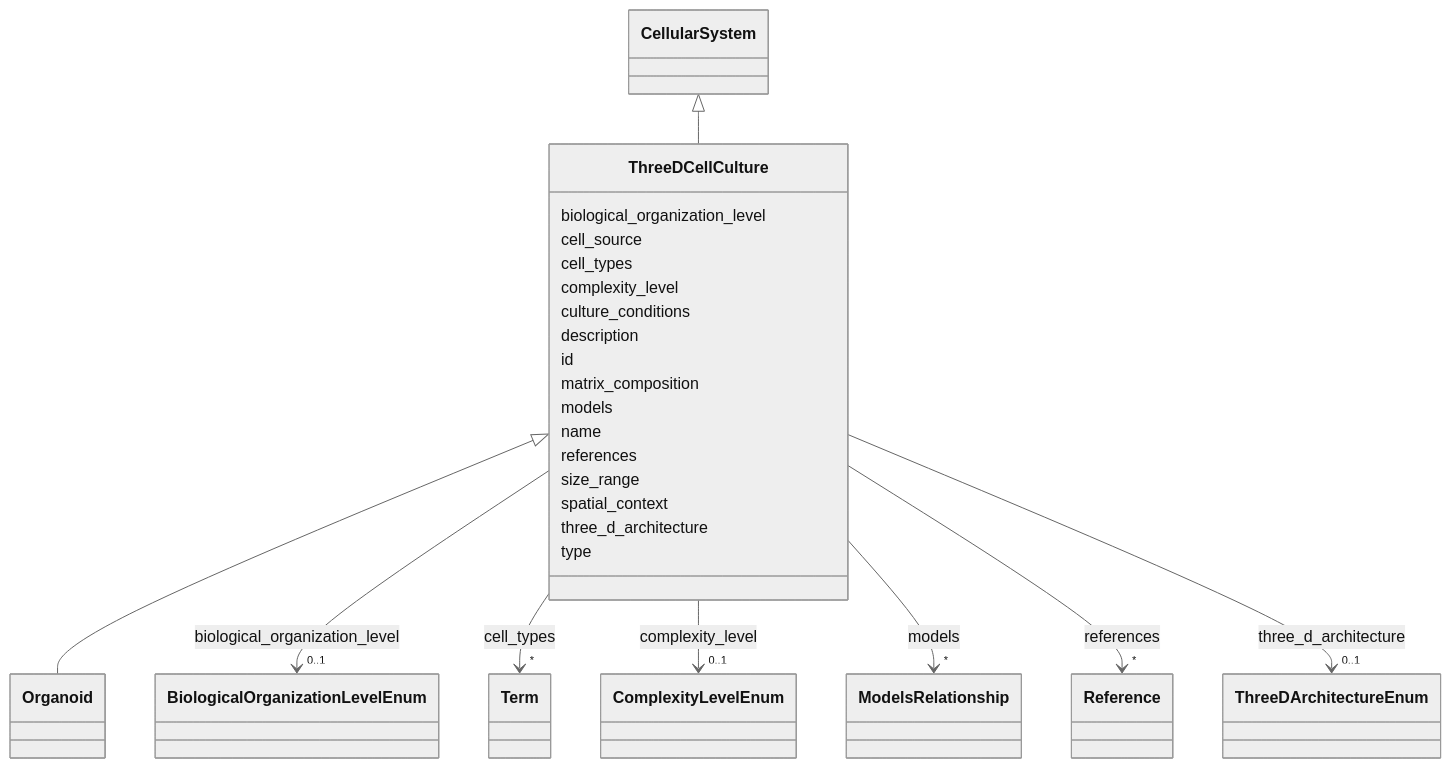
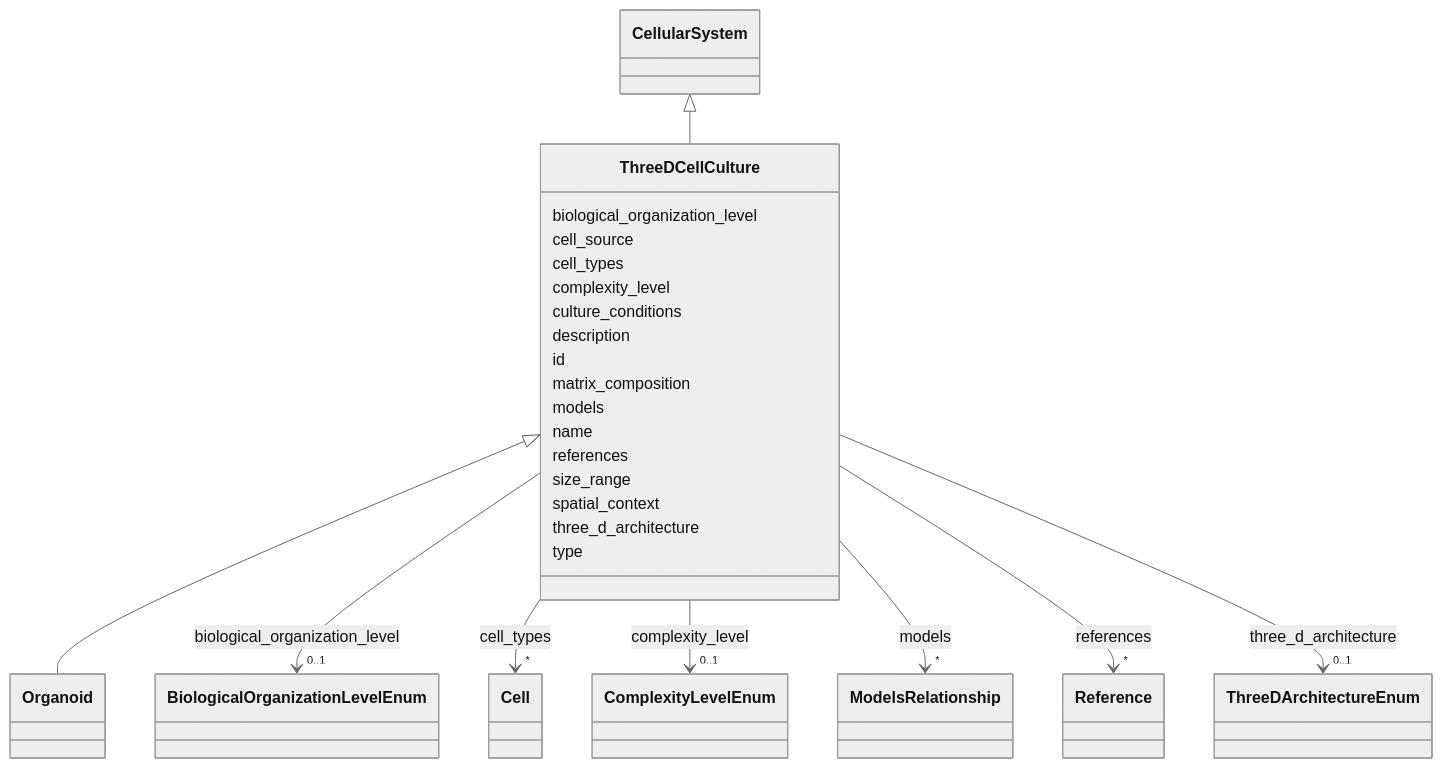
One commit to monarch-initiative/namo changed the diagram in docs/elements/ThreeDCellCulture.md. Above: the diagram before and after it, drawn with Mermaid (neutral theme). The commit also changed other lines of this file and 307 other files, not shown here.

```diff
--- a/docs/elements/ThreeDCellCulture.md
+++ b/docs/elements/ThreeDCellCulture.md
@@ -46,8 +51,8 @@
     
         
         
-        ThreeDCellCulture --> "*" Term : cell_types
-        click Term href "../Term/"
+        ThreeDCellCulture --> "*" Cell : cell_types
+        click Cell href "../Cell/"
     
 
         
```
